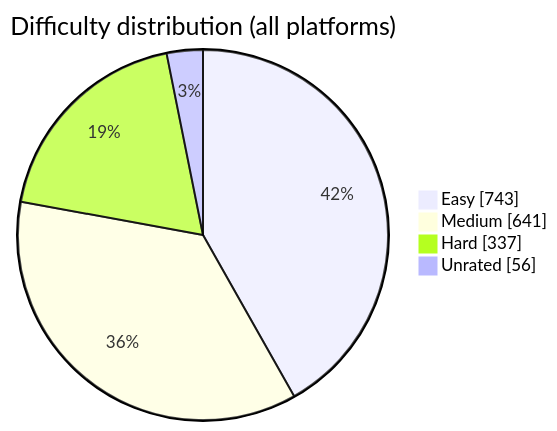
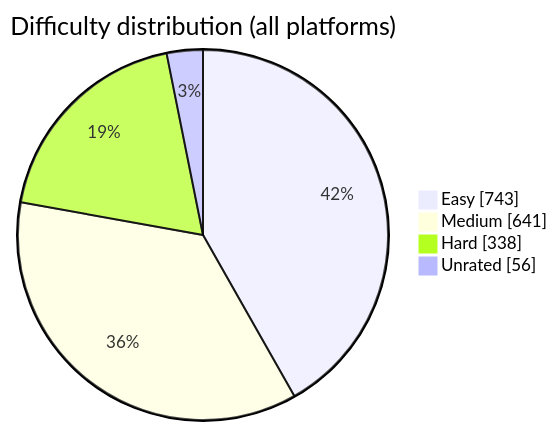
Before and after one commit to BuildbyArindam/Daily-Coding-Log: the diagram in README.md, drawn with Mermaid. The commit also changed other lines of this file, not shown here.

````diff
--- a/README.md
+++ b/README.md
@@ -108,7 +108,7 @@
 ```mermaid
 pie showData title Difficulty distribution (all platforms)
     "Easy" : 743
     "Medium" : 641
-    "Hard" : 337
+    "Hard" : 338
     "Unrated" : 56
 ```
````
